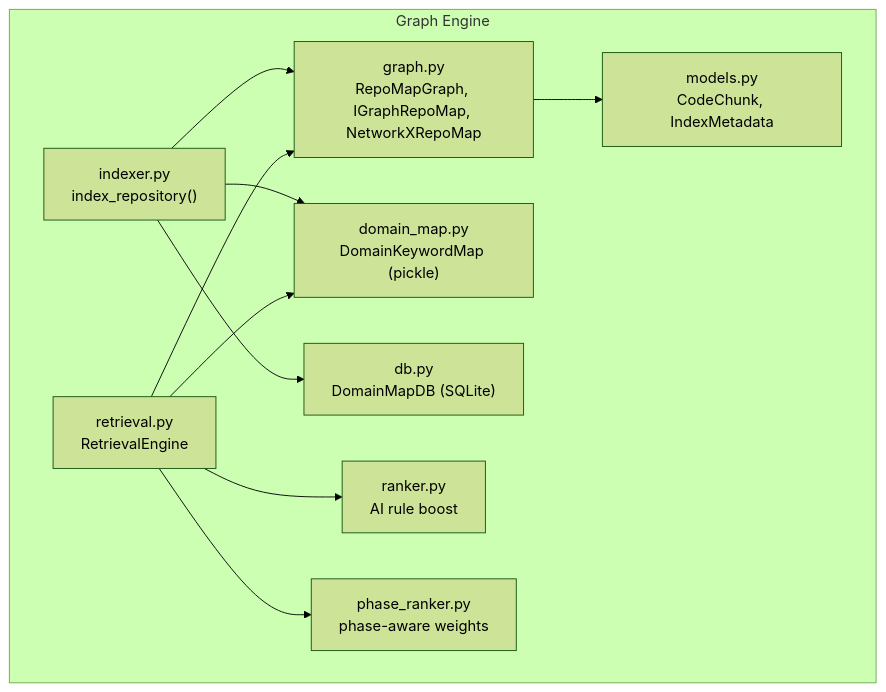
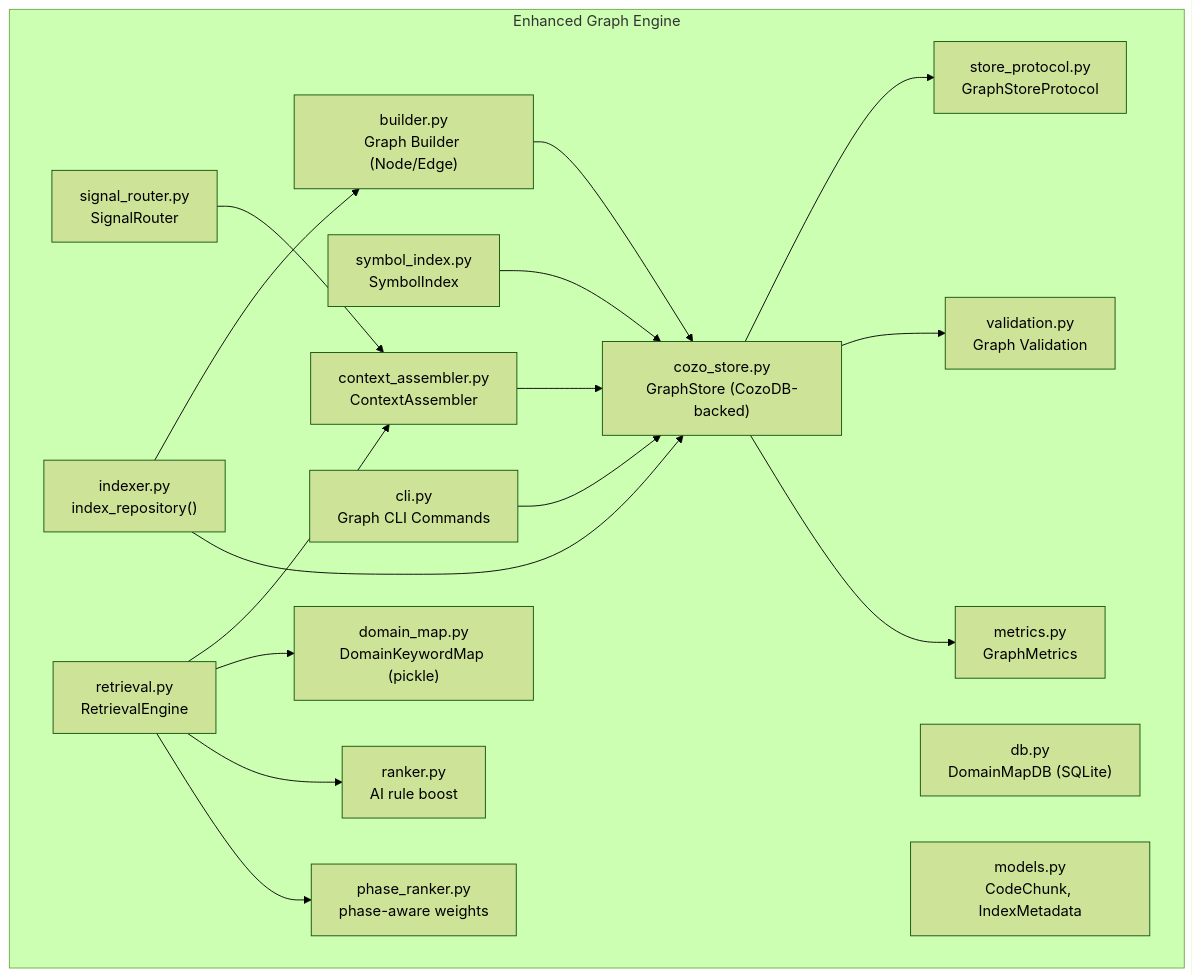
Before and after one commit to maemreyo/zmr-ctx-paker: the first of 10 diagrams in .qoder/repowiki/en/content/Core Modules/Graph Engine.md, drawn with Mermaid (forest theme). The commit also changed other lines of this file and 25 other files, not shown here.

````diff
--- a/.qoder/repowiki/en/content/Core Modules/Graph Engine.md
+++ b/.qoder/repowiki/en/content/Core Modules/Graph Engine.md
@@ -44,21 +71,35 @@
 ```mermaid
 graph TB
-subgraph "Graph Engine"
-G["graph.py<br/>RepoMapGraph, IGraphRepoMap, NetworkXRepoMap"]
-R["retrieval.py<br/>RetrievalEngine"]
+subgraph "Enhanced Graph Engine"
+GS["cozo_store.py<br/>GraphStore (CozoDB-backed)"]
+B["builder.py<br/>Graph Builder (Node/Edge)"]
+SI["symbol_index.py<br/>SymbolIndex"]
+CA["context_assembler.py<br/>ContextAssembler"]
+SR["signal_router.py<br/>SignalRouter"]
+SP["store_protocol.py<br/>GraphStoreProtocol"]
+VAL["validation.py<br/>Graph Validation"]
+MET["metrics.py<br/>GraphMetrics"]
+CLI["cli.py<br/>Graph CLI Commands"]
+IDX["indexer.py<br/>index_repository()"]
 DM["domain_map.py<br/>DomainKeywordMap (pickle)"]
 DDB["db.py<br/>DomainMapDB (SQLite)"]
-IDX["indexer.py<br/>index_repository()"]
+R["retrieval.py<br/>RetrievalEngine"]
 M["models.py<br/>CodeChunk, IndexMetadata"]
 RK["ranker.py<br/>AI rule boost"]
 PR["phase_ranker.py<br/>phase-aware weights"]
 end
-IDX --> G
-IDX --> DM
-IDX --> DDB
-R --> G
+B --> GS
+SI --> GS
+CA --> GS
+SR --> CA
+GS --> SP
+GS --> VAL
+GS --> MET
+CLI --> GS
+IDX --> B
+IDX --> GS
+R --> CA
 R --> DM
 R --> RK
 R --> PR
-G --> M
 ```
````
